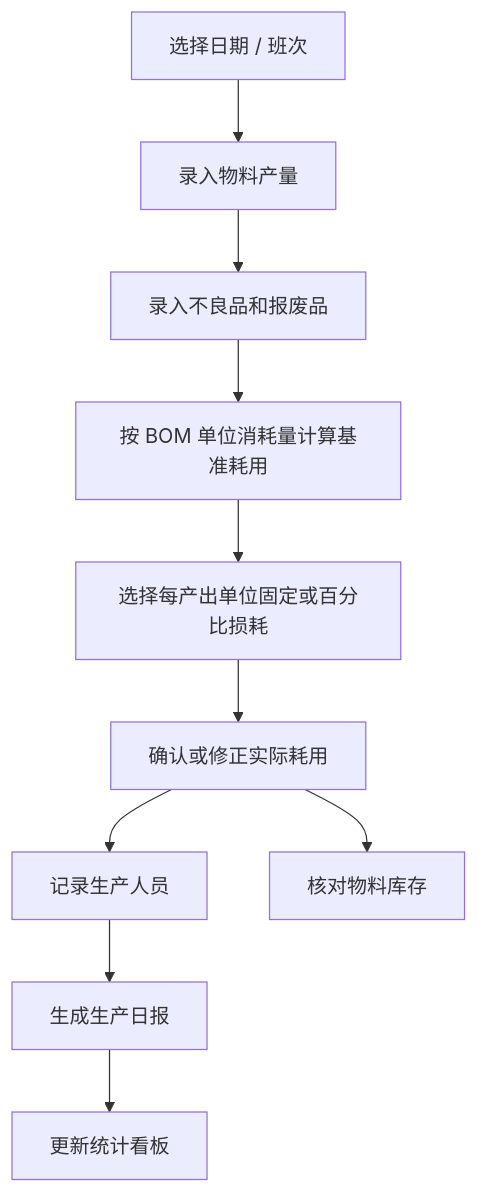
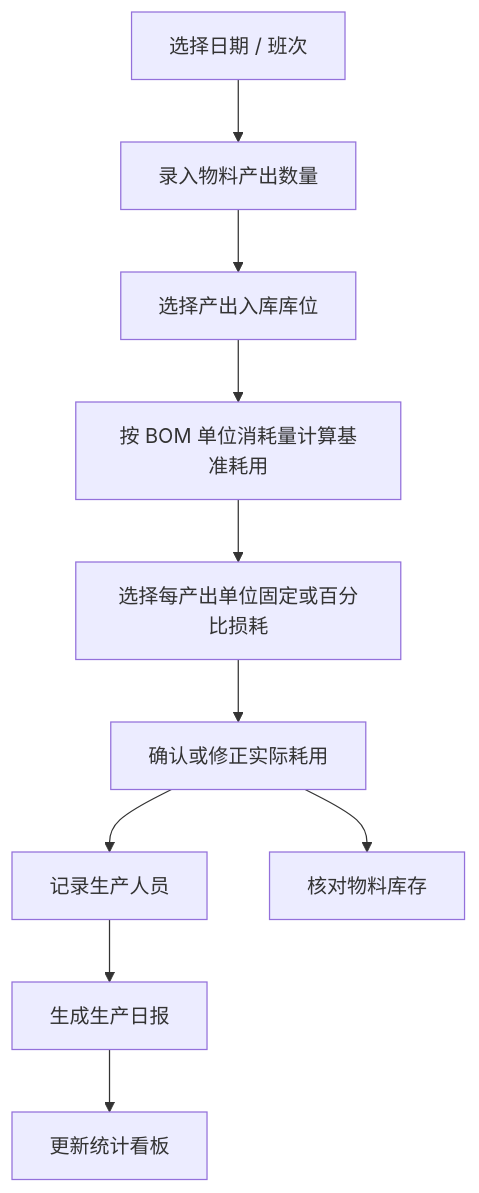
The tenth of 16 diagrams in docs/minierp/system-function-flow.md (goldf2/mes-lite), drawn with Mermaid before and after one commit. The commit also changed other lines of this file and 27 other files, not shown here.

````diff
--- a/docs/minierp/system-function-flow.md
+++ b/docs/minierp/system-function-flow.md
@@ -320,12 +320,12 @@
 ```mermaid
 flowchart TD
-  A["选择日期 / 班次"] --> B["录入物料产量"]
-  B --> C["录入不良品和报废品"]
+  A["选择日期 / 班次"] --> B["录入物料产出数量"]
+  B --> C["选择产出入库库位"]
   C --> D["按 BOM 单位消耗量计算基准耗用"]
   D --> E["选择每产出单位固定或百分比损耗"]
   E --> I["确认或修正实际耗用"]
   I --> J["记录生产人员"]
   J --> F["生成生产日报"]
   F --> G["更新统计看板"]
   I --> H["核对物料库存"]
 ```
````
